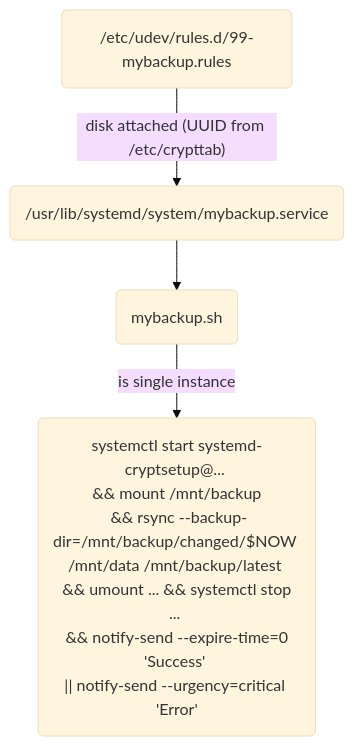
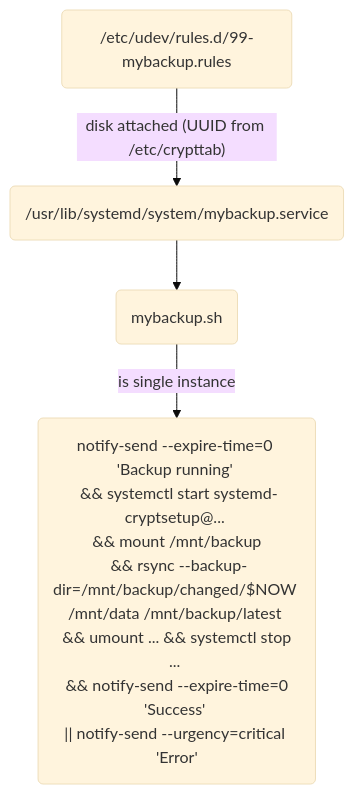
One commit to andre-st/dotfiles changed the diagram in README.md. Above: the diagram before and after it, drawn with Mermaid (base theme).

````diff
--- a/README.md
+++ b/README.md
@@ -269,12 +269,12 @@
 ```mermaid
 flowchart TD
 
 	udev("/etc/udev/rules.d/99-mybackup.rules")
 	service("/usr/lib/systemd/system/mybackup.service")
 	sh("mybackup.sh")
-	rsync("systemctl start systemd-cryptsetup@... <br> && mount /mnt/backup <br> && rsync --backup-dir=/mnt/backup/changed/$NOW /mnt/data /mnt/backup/latest <br> && umount ... && systemctl stop ... <br> && notify-send --expire-time=0 'Success' <br>|| notify-send --urgency=critical 'Error'")
+	rsync("notify-send --expire-time=0 'Backup running' <br> && systemctl start systemd-cryptsetup@... <br> && mount /mnt/backup <br> && rsync --backup-dir=/mnt/backup/changed/$NOW /mnt/data /mnt/backup/latest <br> && umount ... && systemctl stop ... <br> && notify-send --expire-time=0 'Success' <br>|| notify-send --urgency=critical 'Error'")
 
 	udev-- "disk attached (UUID from /etc/crypttab)" -->service
 	service-->sh
 	sh-- "is single instance" -->rsync
 ```
````
